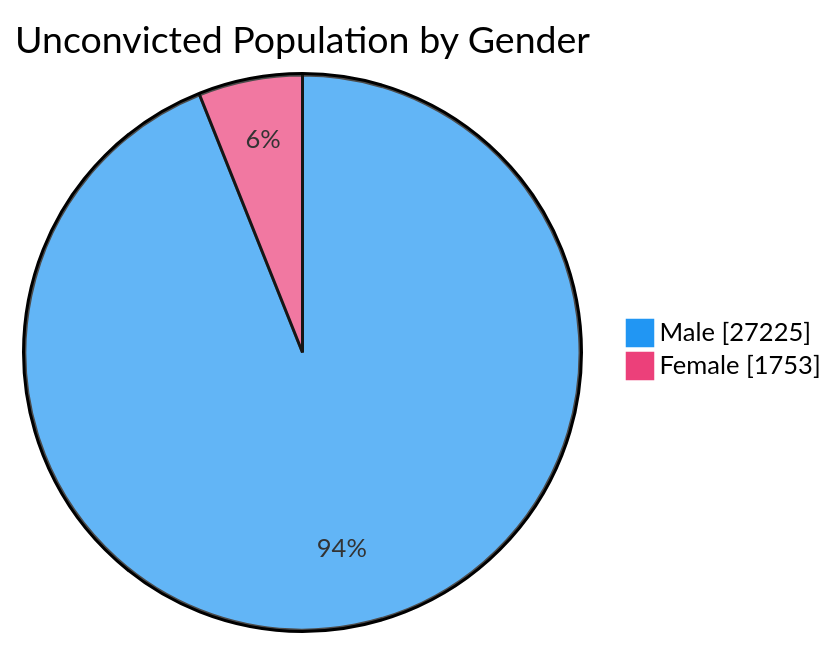
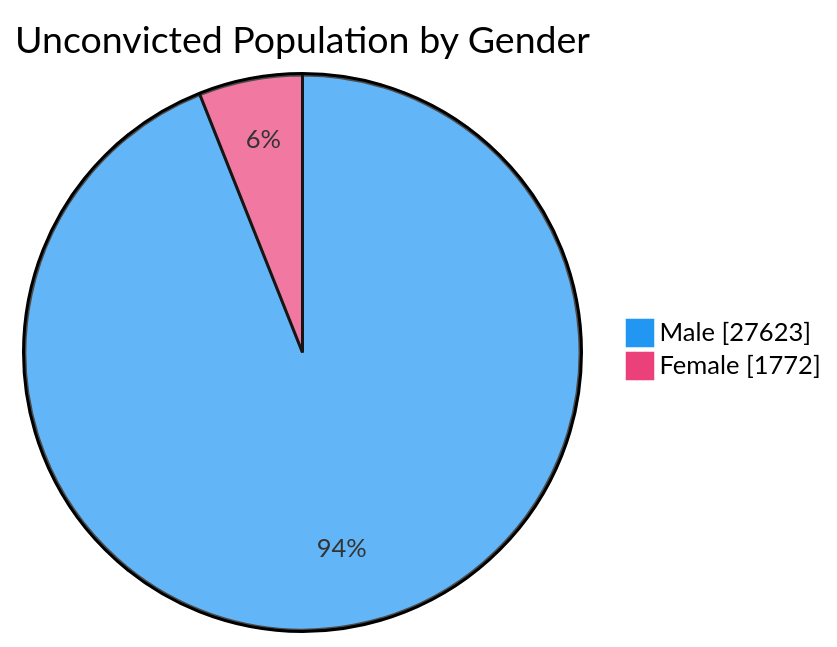
Before and after one commit to nuuuwan/lk_prisons: the fourth of 7 diagrams in README.md, drawn with Mermaid. The commit also changed other lines of this file and 1 other file, not shown here.

````diff
--- a/README.md
+++ b/README.md
@@ -76,6 +76,6 @@
 ```mermaid
 %%{init: {'themeVariables': {'pie1': '#2196F3', 'pie2': '#EC407A'}}}%%
 pie showData title Unconvicted Population by Gender
-    "Male" : 27225
-    "Female" : 1753
+    "Male" : 27623
+    "Female" : 1772
 ```
````
